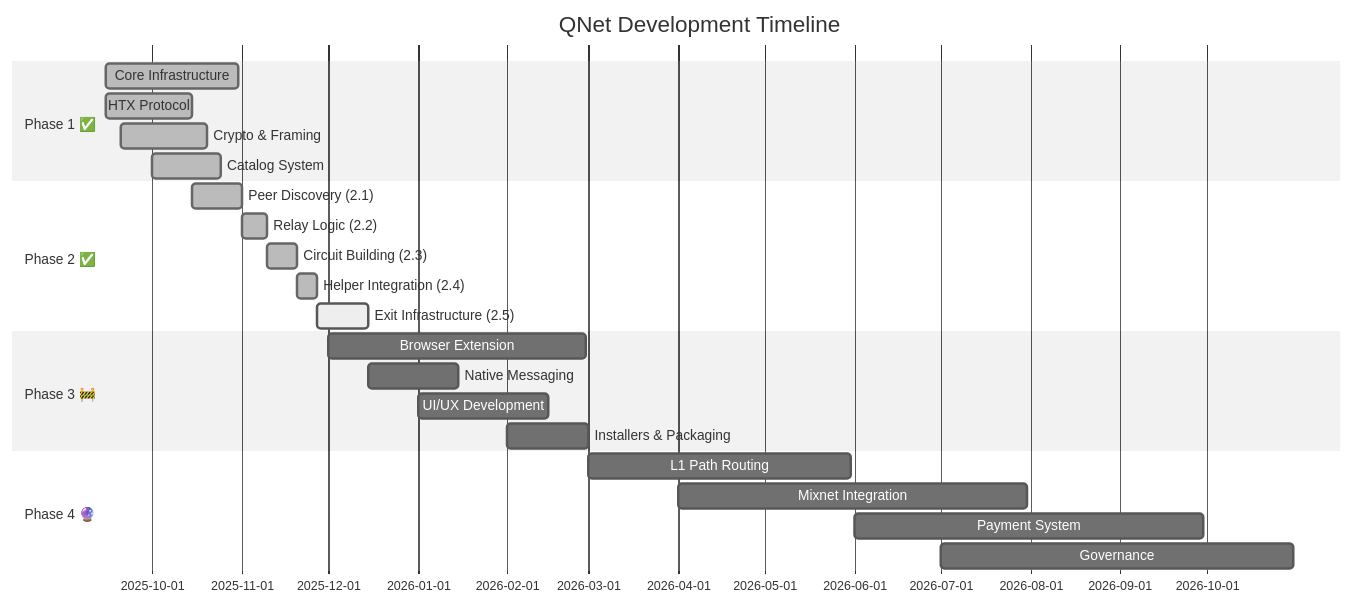
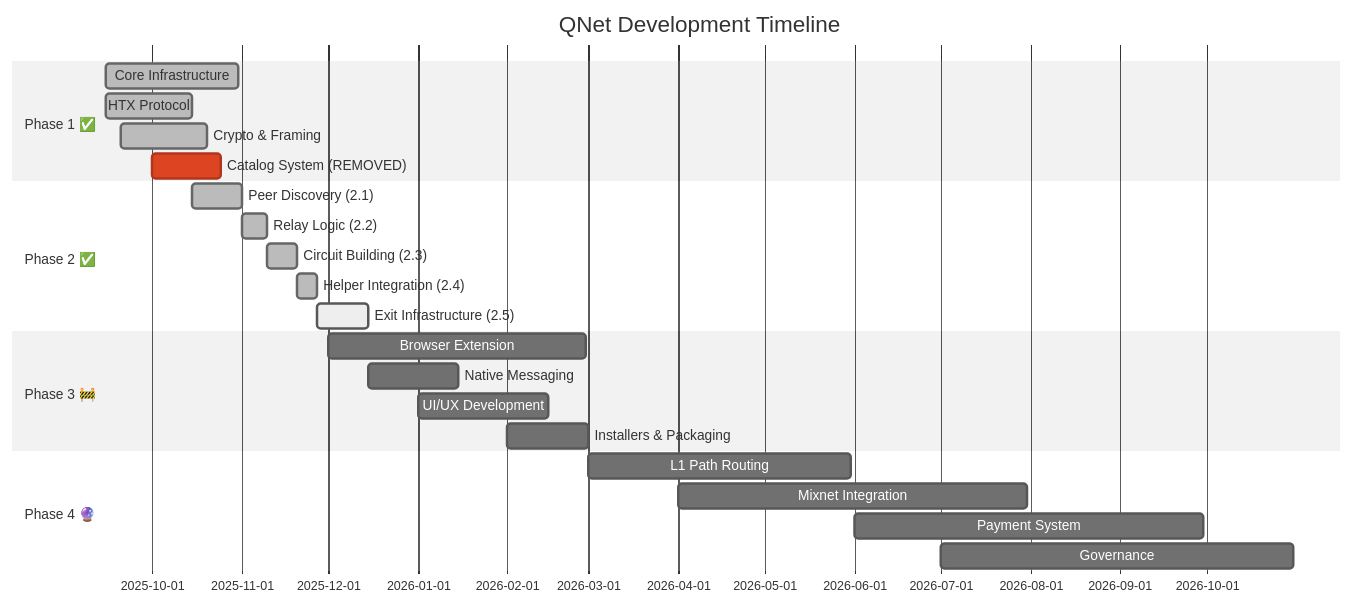
Diagram 15 of 15 in README.md (QW1CKS/qnet), drawn with Mermaid (neutral theme) before and after one commit. The commit also changed other lines of this file and 4 other files, not shown here.

Commit message:
refactor: remove catalog system and related decoy functionality

````diff
--- a/README.md
+++ b/README.md
@@ -798,31 +793,31 @@
 ```mermaid
 gantt
     title QNet Development Timeline
     dateFormat YYYY-MM-DD
     todayMarker stroke-width:5px,stroke:#ff6b6b,opacity:0.8
     
     section Phase 1 ✅
     Core Infrastructure    :done, p1, 2025-09-15, 2025-10-31
     HTX Protocol          :done, p1a, 2025-09-15, 2025-10-15
     Crypto & Framing      :done, p1b, 2025-09-20, 2025-10-20
-    Catalog System        :done, p1c, 2025-10-01, 2025-10-25
+    Catalog System (REMOVED):crit, p1c, 2025-10-01, 2025-10-25
     
     section Phase 2 ✅
     Peer Discovery (2.1)  :done, p2a, 2025-10-15, 2025-11-01
     Relay Logic (2.2)     :done, p2b, 2025-11-01, 2025-11-10
     Circuit Building (2.3):done, p2c, 2025-11-10, 2025-11-20
     Helper Integration (2.4):done, p2d, 2025-11-20, 2025-11-27
     Exit Infrastructure (2.5):active, p2e, 2025-11-27, 2025-12-15
     
     section Phase 3 🚧
     Browser Extension     :p3, 2025-12-01, 2026-02-28
     Native Messaging      :p3a, 2025-12-15, 2026-01-15
     UI/UX Development     :p3b, 2026-01-01, 2026-02-15
     Installers & Packaging:p3c, 2026-02-01, 2026-03-01
     
     section Phase 4 🔮
     L1 Path Routing       :p4a, 2026-03-01, 2026-05-31
     Mixnet Integration    :p4b, 2026-04-01, 2026-07-31
     Payment System        :p4c, 2026-06-01, 2026-09-30
     Governance            :p4d, 2026-07-01, 2026-10-31
 ```
````
